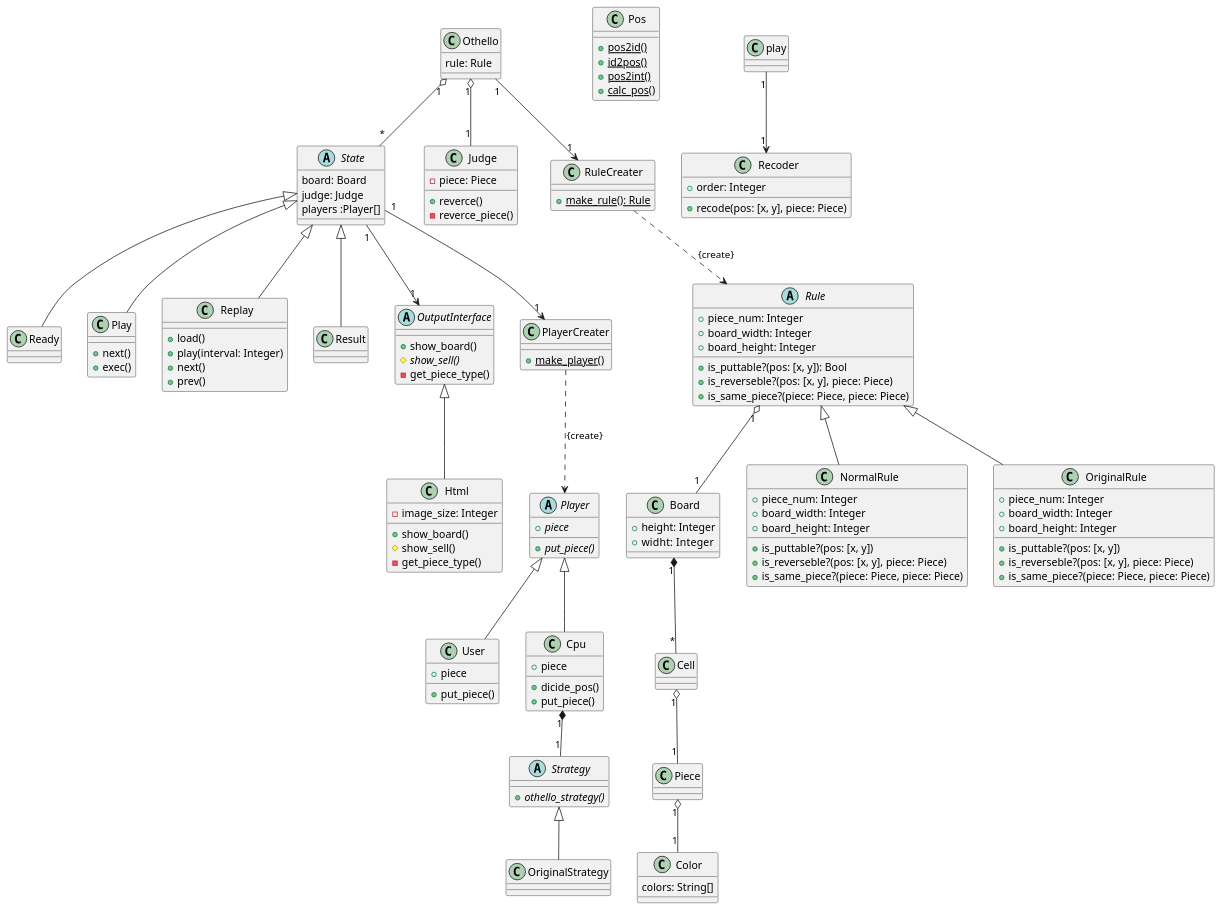
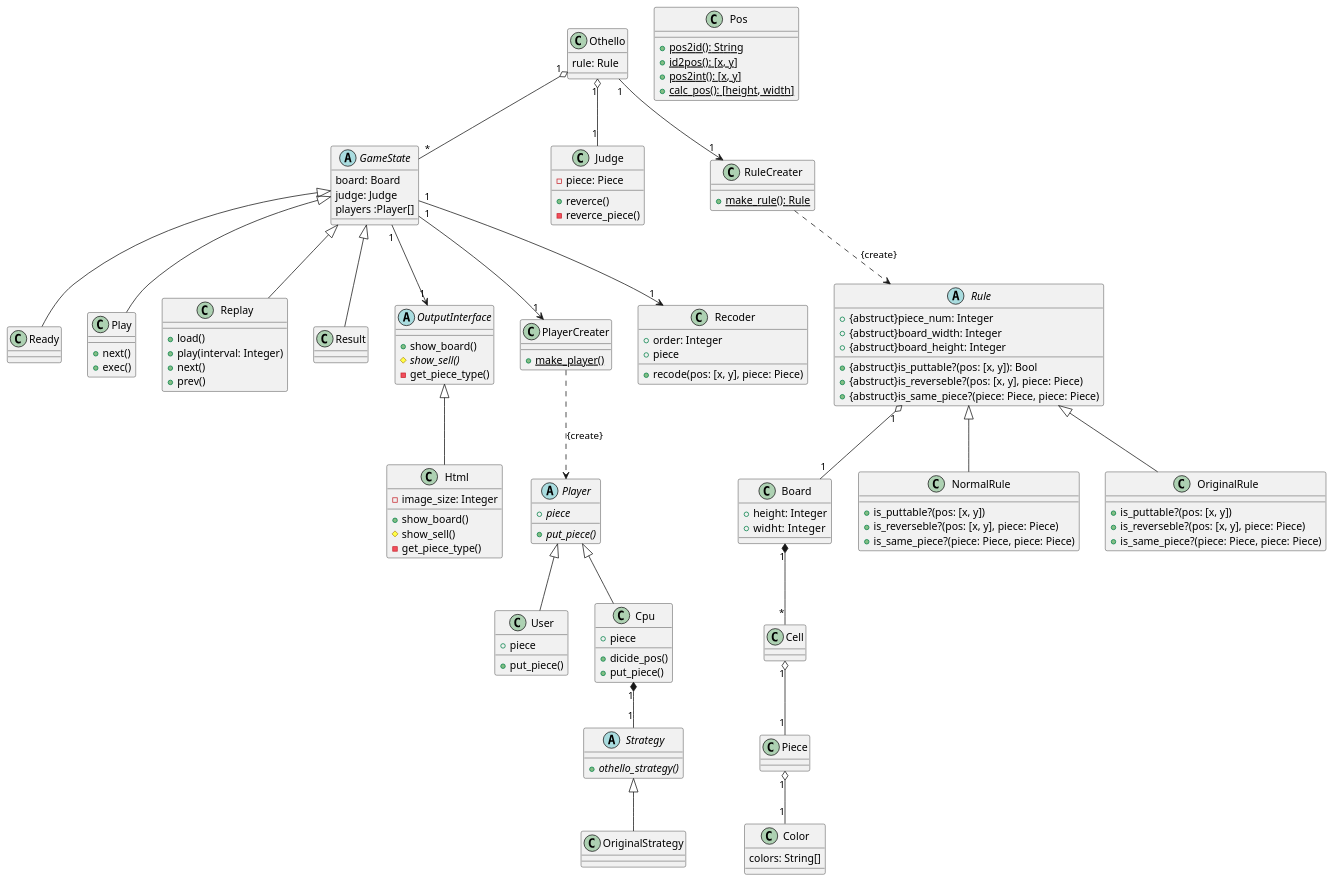
One commit to MaxMEllon/AppBox changed the diagram in uml/othello.pu. Above: the diagram before and after it, drawn with PlantUML. The commit also changed 1 other file, not shown here.

Commit message:
edit: uml

```diff
--- a/uml/othello.pu
+++ b/uml/othello.pu
@@ -1,183 +1,175 @@
 @startuml{othello.png}
 
 class Othello {
   rule: Rule
 }
 
-abstract State {
+abstract GameState {
   board: Board
   judge: Judge
   players :Player[]
 }
 
 class Board {
   +height: Integer
   +widht:  Integer
 }
 
 class Cell {
 }
 
 class Piece {
 }
 
 class Piece {
 }
 
 class Color {
   colors: String[]
 }
 
 class Pos {
-  +{static} pos2id()
-  +{static} id2pos()
-  +{static} pos2int()
-  +{static} calc_pos()
+  +{static} pos2id(): String
+  +{static} id2pos(): [x, y]
+  +{static} pos2int(): [x, y]
+  +{static} calc_pos(): [height, width]
 }
 
 class Ready {
 }
 
 class Play {
   +next()
   +exec()
 }
 
 class Replay {
   +load()
   +play(interval: Integer)
   +next()
   +prev()
 }
 
 class Result {
 }
 
 ' Outputinterface {{{
 abstract OutputInterface {
   +show_board()
   #{abstract} show_sell()
   -get_piece_type()
 }
 
 class Html {
   -image_size: Integer
 
   +show_board()
   #show_sell()
   -get_piece_type()
 }
 ' }}}
 
 ' Player {{{
 abstract Player {
   +{abstract} piece
   +{abstract} put_piece()
 }
 
 class User {
   +piece
   +put_piece()
 }
 
 class Cpu {
   +piece
   +dicide_pos()
   +put_piece()
 }
 
 abstract Strategy {
   +{abstract} othello_strategy()
 }
 class OriginalStrategy {
 
 }
 
 class PlayerCreater {
   +{static} make_player()
 }
 ' }}}
 
 class Judge {
   -piece: Piece
   +reverce()
   -reverce_piece()
 }
 
 ' Rule {{{
 abstract Rule {
-  +piece_num: Integer
-  +board_width: Integer
-  +board_height: Integer
+  +{abstruct}piece_num: Integer
+  +{abstruct}board_width: Integer
+  +{abstruct}board_height: Integer
 
-  +is_puttable?(pos: [x, y]): Bool
-  +is_reverseble?(pos: [x, y], piece: Piece)
-  +is_same_piece?(piece: Piece, piece: Piece)
+  +{abstruct}is_puttable?(pos: [x, y]): Bool
+  +{abstruct}is_reverseble?(pos: [x, y], piece: Piece)
+  +{abstruct}is_same_piece?(piece: Piece, piece: Piece)
 }
 
 class NormalRule {
-  +piece_num: Integer
-  +board_width: Integer
-  +board_height: Integer
-
   +is_puttable?(pos: [x, y])
   +is_reverseble?(pos: [x, y], piece: Piece)
   +is_same_piece?(piece: Piece, piece: Piece)
 }
 
 class OriginalRule {
-  +piece_num: Integer
-  +board_width: Integer
-  +board_height: Integer
-
   +is_puttable?(pos: [x, y])
   +is_reverseble?(pos: [x, y], piece: Piece)
   +is_same_piece?(piece: Piece, piece: Piece)
 }
 
 class Recoder {
   +order: Integer
+  +piece
   +recode(pos: [x, y], piece: Piece)
 }
 
 class RuleCreater {
   +{static} make_rule(): Rule
 }
 
 ' }}}
 
 ' 関連 {{{
-Othello "1" o-- "*" State
+Othello "1" o-- "*" GameState
 Othello "1" o-- "1" Judge
 Othello "1" --> "1" RuleCreater
 
-State <|-- Ready
-State <|-- Play
-State <|-- Replay
-State <|-- Result
-State "1" --> "1" PlayerCreater
-State "1" --> "1" OutputInterface
-
-play "1" --> "1" Recoder
+GameState "1" --> "1" Recoder
+GameState <|-- Ready
+GameState <|-- Play
+GameState <|-- Replay
+GameState <|-- Result
+GameState "1" --> "1" PlayerCreater
+GameState "1" --> "1" OutputInterface
 
 Board "1" *-- "*" Cell
 
 RuleCreater ..> Rule : {create}
 Rule <|-- NormalRule
 Rule <|-- OriginalRule
 Rule "1" o-- "1" Board
 
 PlayerCreater ..> Player : {create}
 Player <|-- User
 Player <|-- Cpu
 
 Cpu "1" *-- "1" Strategy
 Strategy <|-- OriginalStrategy
 
 Cell  "1" o-- "1" Piece
 Piece "1" o-- "1" Color
 
 OutputInterface <|-- Html
 ' }}}
 
 @enduml
```
